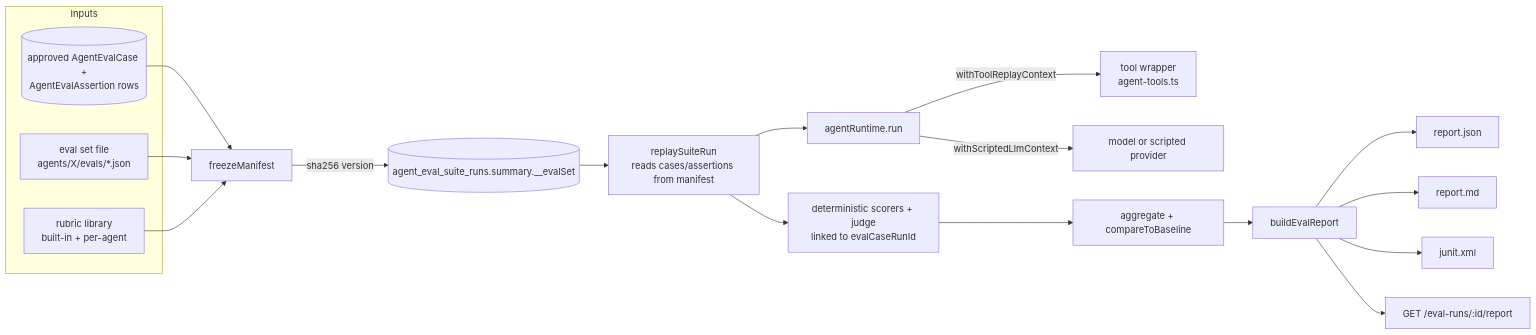
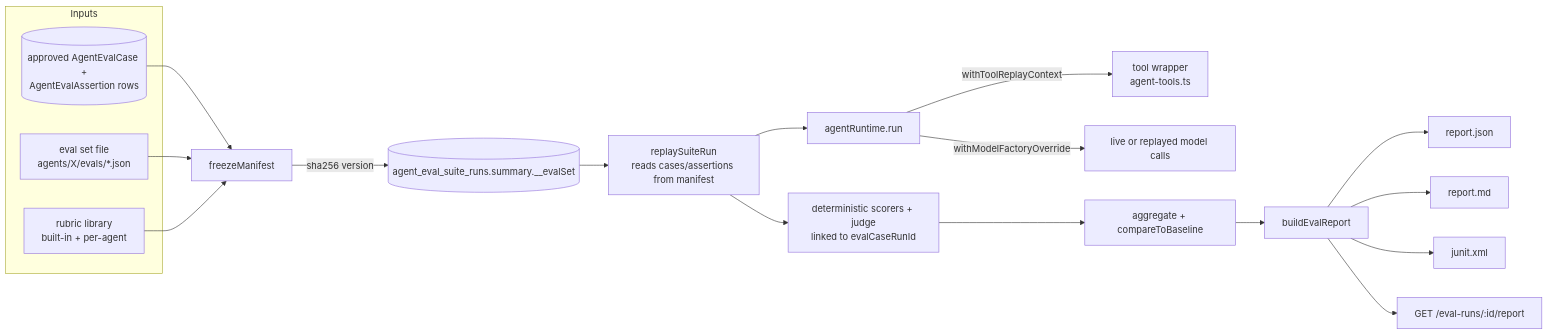
The diagram in .ai/specs/enterprise/agent-orchestrator/2026-10-21-eval-reports-and-reproducible-regression.md (open-mercato/open-mercato), drawn with Mermaid before and after one commit. The commit also changed other lines of this file and 25 other files, not shown here.

````diff
--- a/.ai/specs/enterprise/agent-orchestrator/2026-10-21-eval-reports-and-reproducible-regression.md
+++ b/.ai/specs/enterprise/agent-orchestrator/2026-10-21-eval-reports-and-reproducible-regression.md
@@ -97,21 +97,21 @@
 ```mermaid
 flowchart LR
   subgraph Inputs
     DB[(approved AgentEvalCase +<br/>AgentEvalAssertion rows)]
     FILE[eval set file<br/>agents/X/evals/*.json]
     RUB[rubric library<br/>built-in + per-agent]
   end
   DB --> MF[freezeManifest]
   FILE --> MF
   RUB --> MF
   MF -->|sha256 version| SR[(agent_eval_suite_runs.summary.__evalSet)]
   SR --> RP[replaySuiteRun<br/>reads cases/assertions from manifest]
   RP --> RT[agentRuntime.run]
   RT -->|withToolReplayContext| TL[tool wrapper<br/>agent-tools.ts]
-  RT -->|withScriptedLlmContext| LLM[model or scripted provider]
+  RT -->|withModelFactoryOverride| LLM[live or replayed model calls]
   RP --> SC[deterministic scorers + judge<br/>linked to evalCaseRunId]
   SC --> AG[aggregate + compareToBaseline]
   AG --> REP[buildEvalReport]
   REP --> J[report.json] & M[report.md] & X[junit.xml]
   REP --> API[GET /eval-runs/:id/report]
 ```
````
